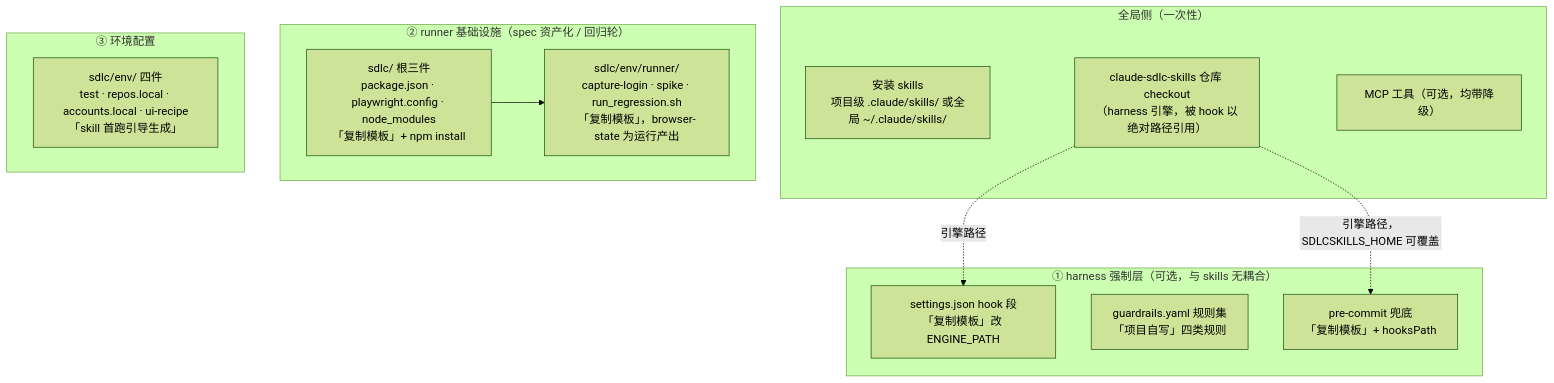
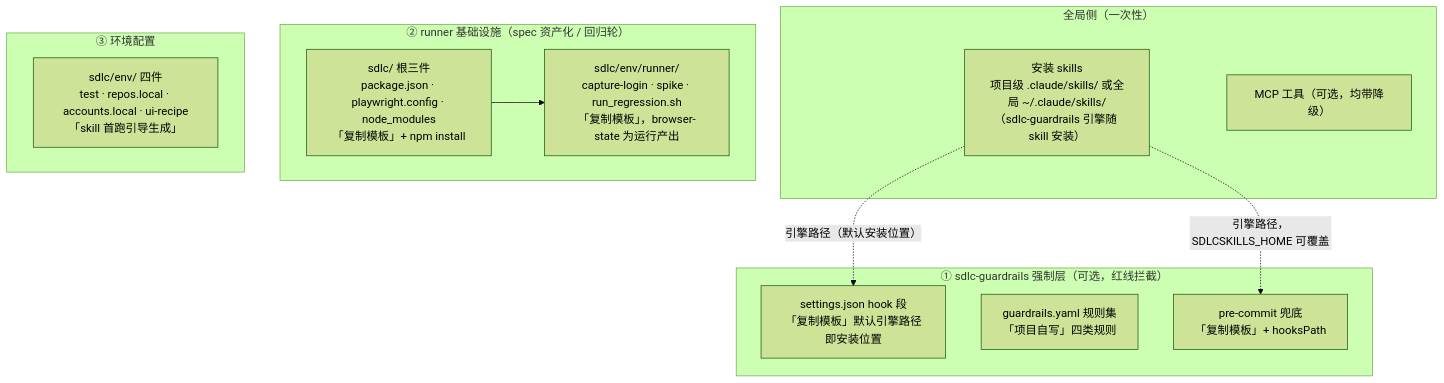
The diagram in docs/project-setup.md (TsCarpe/claude-sdlc-skills), drawn with Mermaid (forest theme) before and after one commit. The commit also changed other lines of this file and 28 other files, not shown here.

First line of the commit message:
feat(sdlc-guardrails): harness 迁为第 6 个可安装 skill——npx/plugin 渠道直接分发红线引擎

````diff
--- a/docs/project-setup.md
+++ b/docs/project-setup.md
@@ -17,27 +17,26 @@
 ```mermaid
 flowchart TB
     subgraph G["全局侧（一次性）"]
-        G1["安装 skills<br/>项目级 .claude/skills/ 或全局 ~/.claude/skills/"]
-        G2["claude-sdlc-skills 仓库 checkout<br/>（harness 引擎，被 hook 以绝对路径引用）"]
+        G1["安装 skills<br/>项目级 .claude/skills/ 或全局 ~/.claude/skills/<br/>（sdlc-guardrails 引擎随 skill 安装）"]
         G3["MCP 工具（可选，均带降级）"]
     end
 
-    subgraph H["① harness 强制层（可选，与 skills 无耦合）"]
-        H1["settings.json hook 段<br/>「复制模板」改 ENGINE_PATH"]
+    subgraph H["① sdlc-guardrails 强制层（可选，红线拦截）"]
+        H1["settings.json hook 段<br/>「复制模板」默认引擎路径即安装位置"]
         H2["guardrails.yaml 规则集<br/>「项目自写」四类规则"]
         H3["pre-commit 兜底<br/>「复制模板」+ hooksPath"]
     end
 
     subgraph R["② runner 基础设施（spec 资产化 / 回归轮）"]
         R1["sdlc/ 根三件<br/>package.json · playwright.config · node_modules<br/>「复制模板」+ npm install"]
         R2["sdlc/env/runner/<br/>capture-login · spike · run_regression.sh<br/>「复制模板」，browser-state 为运行产出"]
         R1 --> R2
     end
 
     subgraph E["③ 环境配置"]
         E1["sdlc/env/ 四件<br/>test · repos.local · accounts.local · ui-recipe<br/>「skill 首跑引导生成」"]
     end
 
-    G2 -. 引擎路径 .-> H1
-    G2 -. 引擎路径，SDLCSKILLS_HOME 可覆盖 .-> H3
+    G1 -. 引擎路径（默认安装位置）.-> H1
+    G1 -. 引擎路径，SDLCSKILLS_HOME 可覆盖 .-> H3
 ```
````
